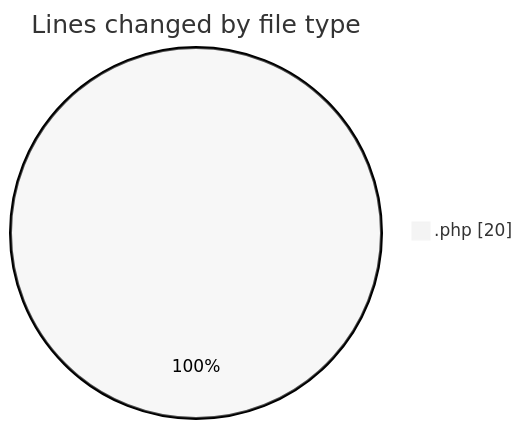
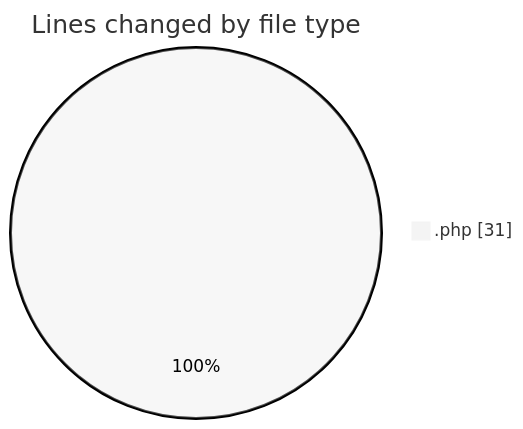
The first of 2 diagrams in 2025-03-27/autodidak/README.md (idhammustaqopulfikri/code-tracking), drawn with Mermaid (neutral theme) before and after one commit. The commit also changed other lines of this file and 1 other file, not shown here.

````diff
--- a/2025-03-27/autodidak/README.md
+++ b/2025-03-27/autodidak/README.md
@@ -20,5 +21,5 @@
 ```mermaid
 pie showData
 title Lines changed by file type
-".php" : 20
+".php" : 31
 ```
````
